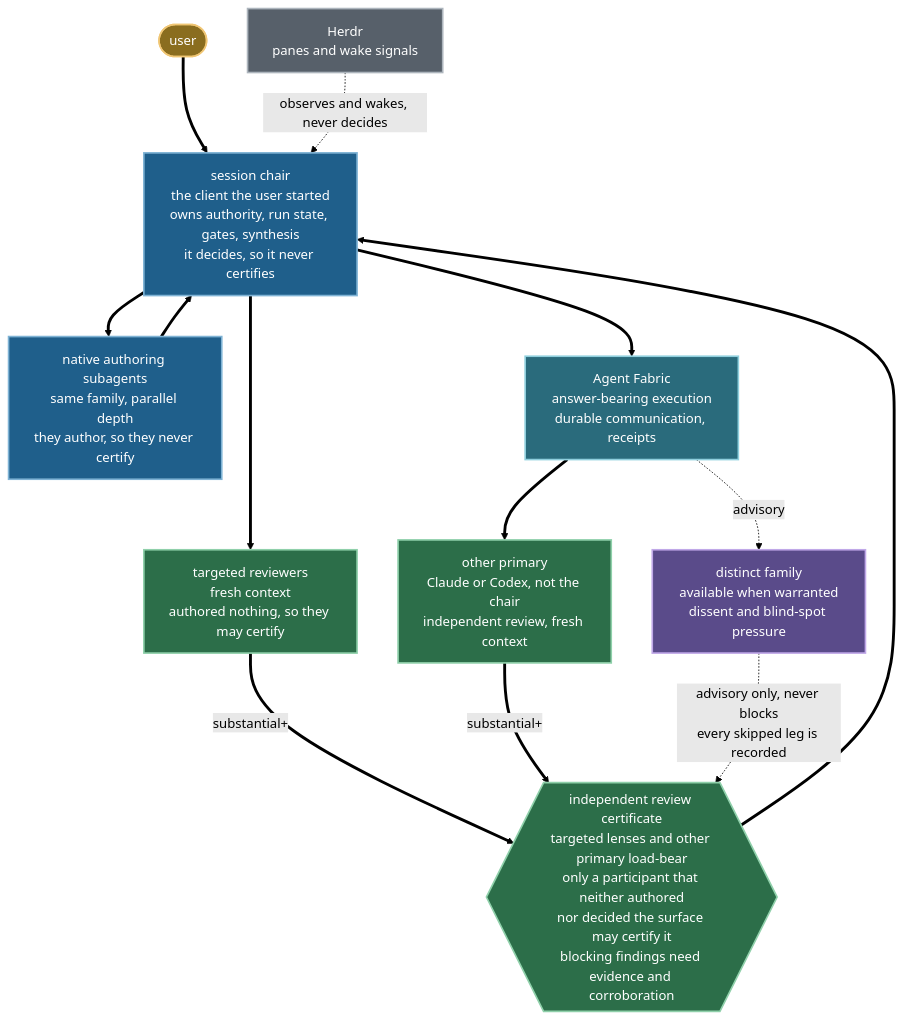
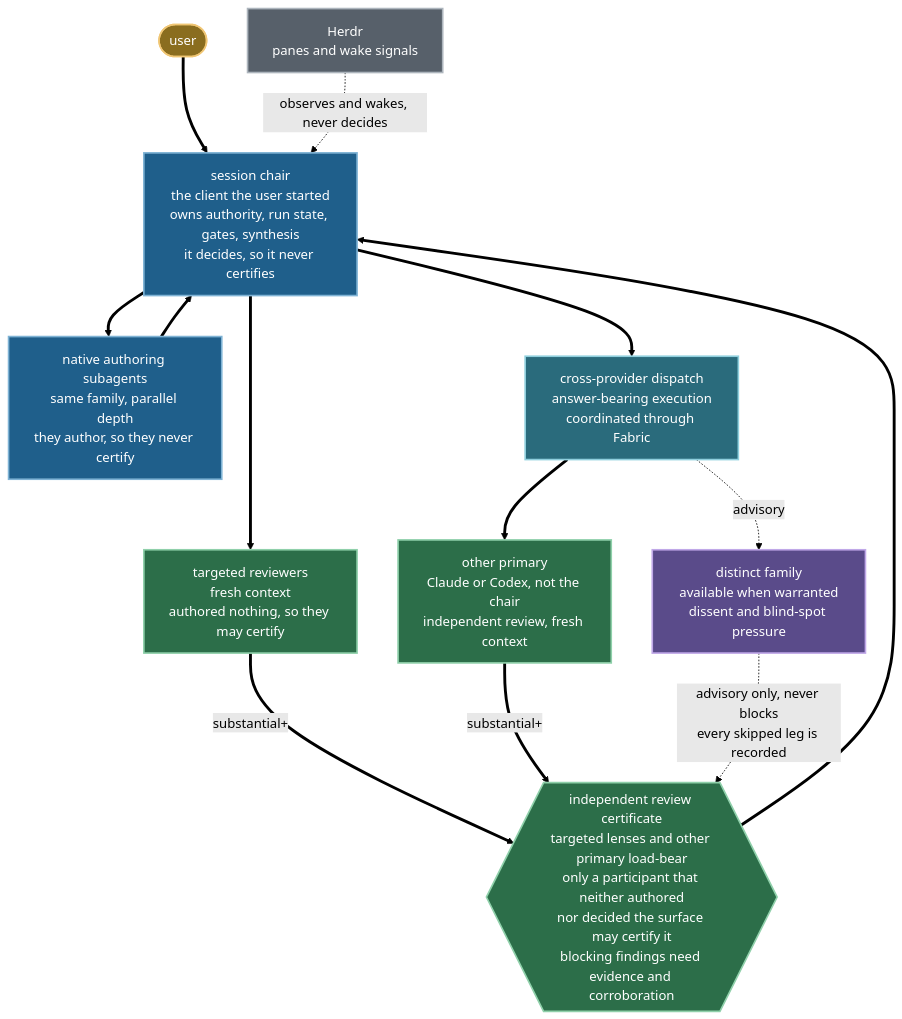
Before and after one commit to mblauberg/provenant: the third of 3 diagrams in docs/ARCHITECTURE.md, drawn with Mermaid (forest theme). The commit also changed other lines of this file and 53 other files, not shown here.

````diff
--- a/docs/ARCHITECTURE.md
+++ b/docs/ARCHITECTURE.md
@@ -286,37 +286,37 @@
 ```mermaid
 flowchart TB
     accTitle: Review topology, blocking and non-blocking legs
     accDescr: The user starts one client, and that client is the session chair. The chair fans out to native authoring subagents in its own family for parallel depth; because they write the work they may never certify it, and neither may the chair, which decides. Review then runs on targeted lenses and the other primary from the substantial tier upwards. Those legs are drawn solid because they can block the run; the delivery validator rejects a receipt that reaches acceptance missing either requirement. A distinct family attaches through the same fabric as advisory pressure, drawn dashed because availability is risk-scaled and any skip is recorded. Herdr observes and wakes, drawn dotted, and never decides. Only a participant that neither authored nor decided the surface may sign the certificate.
     HU(["user"]) ==> CH
 
     CH["session chair<br/>the client the user started<br/>owns authority, run state, gates, synthesis<br/>it decides, so it never certifies"]
 
     CH ==> SUB["native authoring subagents<br/>same family, parallel depth<br/>they author, so they never certify"]
     SUB ==> CH
 
     CH ==> NRV["targeted reviewers<br/>fresh context<br/>authored nothing, so they may certify"]
-    CH ==> AF["Agent Fabric<br/>answer-bearing execution<br/>durable communication, receipts"]
+    CH ==> AF["cross-provider dispatch<br/>answer-bearing execution<br/>coordinated through Fabric"]
 
     AF ==> OP["other primary<br/>Claude or Codex, not the chair<br/>independent review, fresh context"]
     AF -. "advisory" .-> BF["distinct family<br/>available when warranted<br/>dissent and blind-spot pressure"]
 
     NRV == "substantial+" ==> CERT{{"independent review certificate<br/>targeted lenses and other primary load-bear<br/>only a participant that neither authored<br/>nor decided the surface may certify it<br/>blocking findings need evidence and corroboration"}}
     OP == "substantial+" ==> CERT
     BF -. "advisory only, never blocks<br/>every skipped leg is recorded" .-> CERT
 
     CERT ==> CH
     HD["Herdr<br/>panes and wake signals"] -. "observes and wakes, never decides" .-> CH
 
     classDef user fill:#8a6d1f,stroke:#f0c674,color:#ffffff,stroke-width:2px
     classDef actor fill:#1f5f8b,stroke:#7fb3d5,color:#ffffff,stroke-width:2px
     classDef transport fill:#2a6b7c,stroke:#8fcfdd,color:#ffffff,stroke-width:2px
     classDef blocking fill:#2c6e49,stroke:#8fd0aa,color:#ffffff,stroke-width:2px
     classDef advisory fill:#5a4b8a,stroke:#c0a8e8,color:#ffffff,stroke-width:2px
     classDef inert fill:#57606a,stroke:#adb5bd,color:#ffffff,stroke-width:2px
     class HU user
     class CH,SUB actor
     class AF transport
     class NRV,OP,CERT blocking
     class BF advisory
     class HD inert
 ```
````
